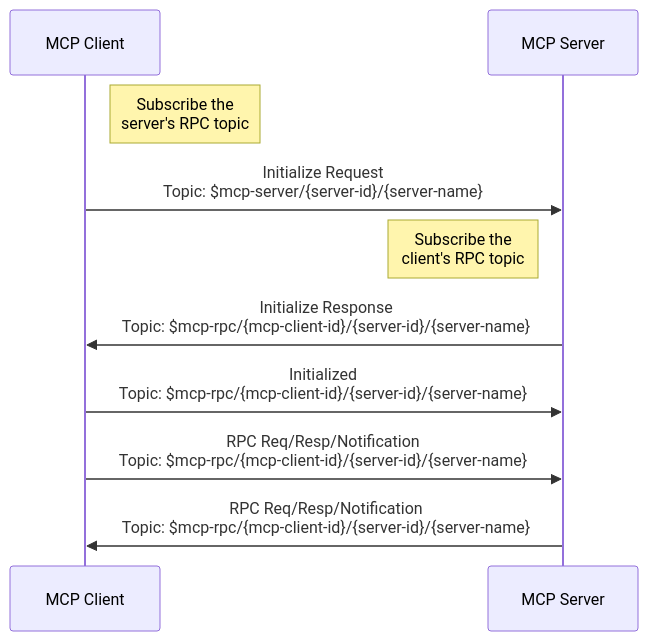
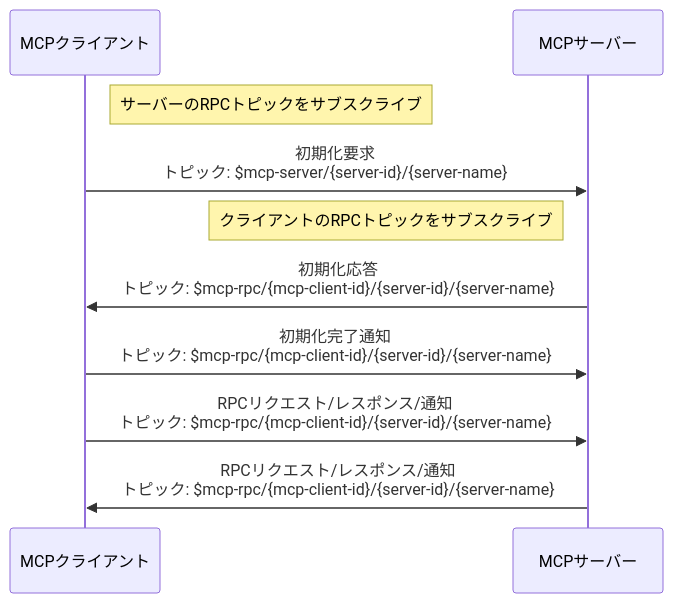
Before and after one commit to emqx/emqx-docs: the second of 4 diagrams in ja_JP/emqx-ai/mcp-over-mqtt/specification.md, drawn with Mermaid. The commit also changed other lines of this file and 279 other files, not shown here.

````diff
--- a/ja_JP/emqx-ai/mcp-over-mqtt/specification.md
+++ b/ja_JP/emqx-ai/mcp-over-mqtt/specification.md
@@ -241,13 +239,13 @@
 ```mermaid
 sequenceDiagram
-  participant MCP_Client as MCP Client
-  participant MCP_Server as MCP Server
+  participant MCP_Client as MCPクライアント
+  participant MCP_Server as MCPサーバー
 
-  Note right of MCP_Client: Subscribe the<br/>server's RPC topic
-  MCP_Client ->> MCP_Server: Initialize Request<br/>Topic: $mcp-server/{server-id}/{server-name}
-  Note left of MCP_Server: Subscribe the<br/>client's RPC topic
-  MCP_Server ->> MCP_Client: Initialize Response<br/>Topic: $mcp-rpc/{mcp-client-id}/{server-id}/{server-name}
-  MCP_Client ->> MCP_Server: Initialized<br/>Topic: $mcp-rpc/{mcp-client-id}/{server-id}/{server-name}
-  MCP_Client ->> MCP_Server: RPC Req/Resp/Notification<br/>Topic: $mcp-rpc/{mcp-client-id}/{server-id}/{server-name}
-  MCP_Server ->> MCP_Client: RPC Req/Resp/Notification<br/>Topic: $mcp-rpc/{mcp-client-id}/{server-id}/{server-name}
+  Note right of MCP_Client: サーバーのRPCトピックをサブスクライブ
+  MCP_Client ->> MCP_Server: 初期化要求<br/>トピック: $mcp-server/{server-id}/{server-name}
+  Note left of MCP_Server: クライアントのRPCトピックをサブスクライブ
+  MCP_Server ->> MCP_Client: 初期化応答<br/>トピック: $mcp-rpc/{mcp-client-id}/{server-id}/{server-name}
+  MCP_Client ->> MCP_Server: 初期化完了通知<br/>トピック: $mcp-rpc/{mcp-client-id}/{server-id}/{server-name}
+  MCP_Client ->> MCP_Server: RPCリクエスト/レスポンス/通知<br/>トピック: $mcp-rpc/{mcp-client-id}/{server-id}/{server-name}
+  MCP_Server ->> MCP_Client: RPCリクエスト/レスポンス/通知<br/>トピック: $mcp-rpc/{mcp-client-id}/{server-id}/{server-name}
 ```
````
